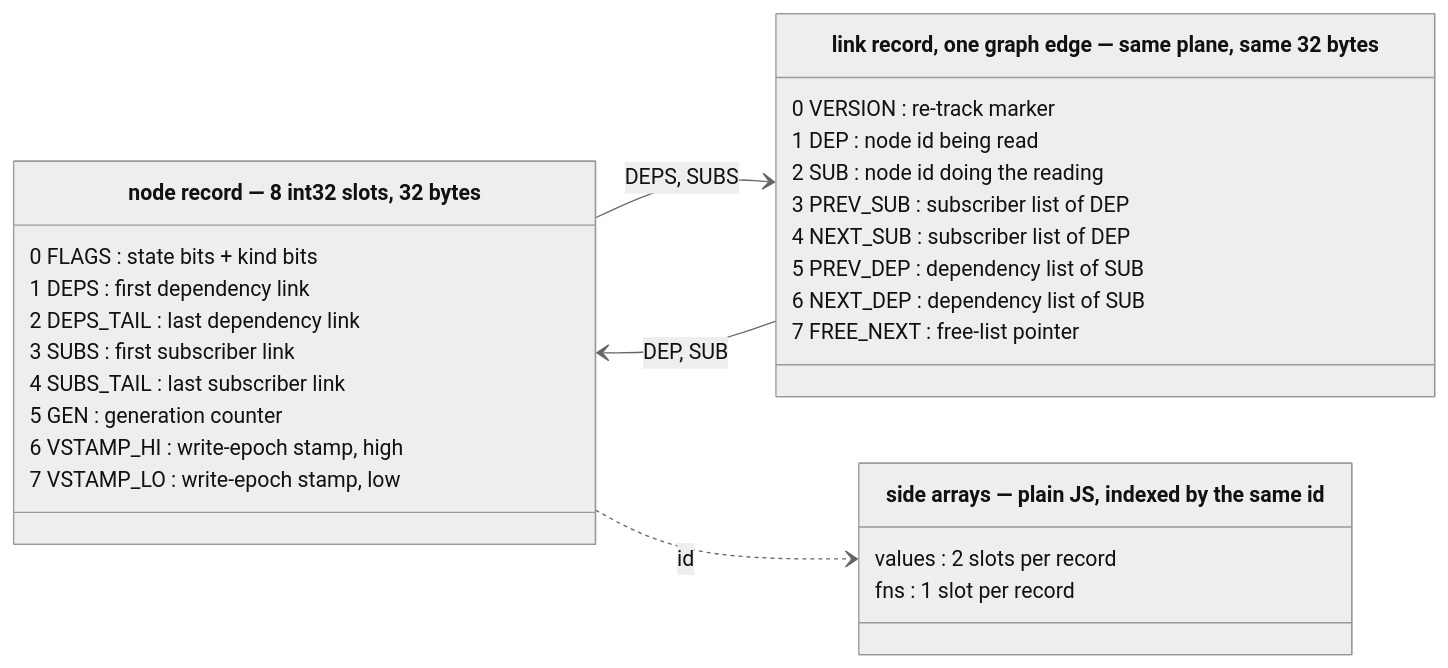
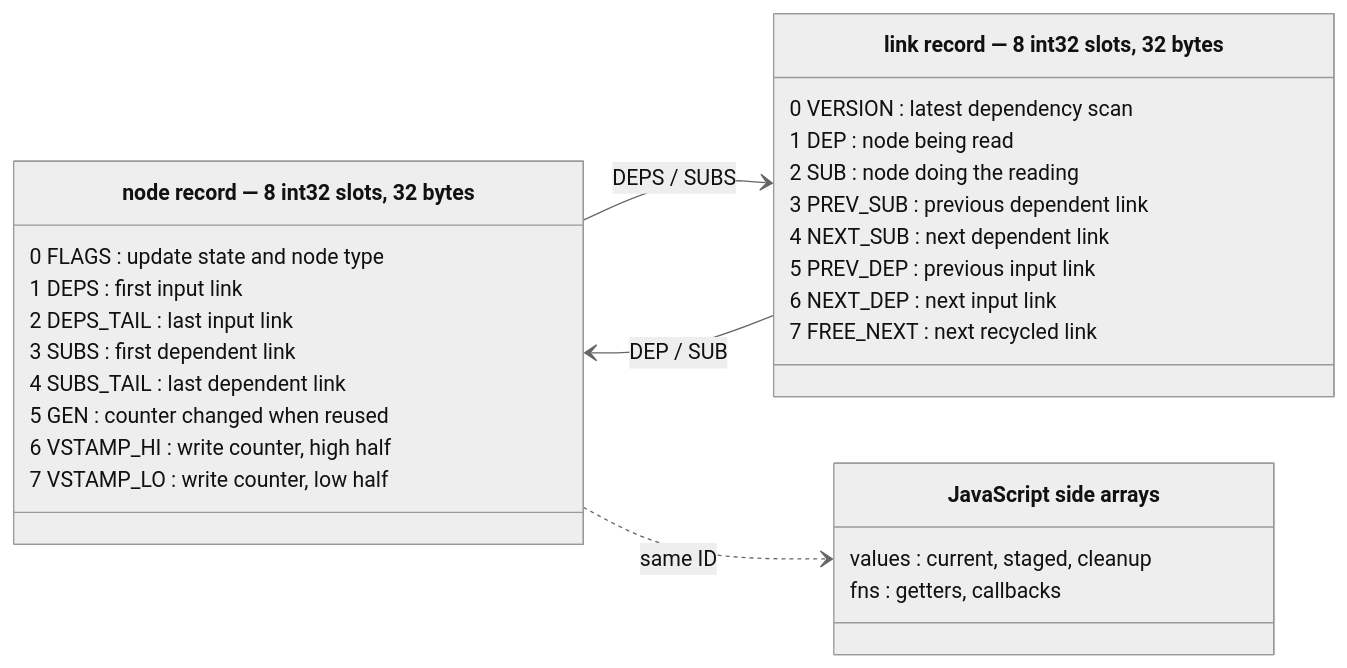
Before and after one commit to justjake/alien-signals: the third of 4 diagrams in README.md, drawn with Mermaid (neutral theme). The commit also changed other lines of this file, not shown here.

Commit message:
Rewrite README for first-time users

````diff
--- a/README.md
+++ b/README.md
@@ -14,31 +98,31 @@
 ```mermaid
 classDiagram
     direction LR
     class Node["node record — 8 int32 slots, 32 bytes"] {
-        0 FLAGS : state bits + kind bits
-        1 DEPS : first dependency link
-        2 DEPS_TAIL : last dependency link
-        3 SUBS : first subscriber link
-        4 SUBS_TAIL : last subscriber link
-        5 GEN : generation counter
-        6 VSTAMP_HI : write-epoch stamp, high
-        7 VSTAMP_LO : write-epoch stamp, low
+        0 FLAGS : update state and node type
+        1 DEPS : first input link
+        2 DEPS_TAIL : last input link
+        3 SUBS : first dependent link
+        4 SUBS_TAIL : last dependent link
+        5 GEN : counter changed when reused
+        6 VSTAMP_HI : write counter, high half
+        7 VSTAMP_LO : write counter, low half
     }
-    class Link["link record, one graph edge — same plane, same 32 bytes"] {
-        0 VERSION : re-track marker
-        1 DEP : node id being read
-        2 SUB : node id doing the reading
-        3 PREV_SUB : subscriber list of DEP
-        4 NEXT_SUB : subscriber list of DEP
-        5 PREV_DEP : dependency list of SUB
-        6 NEXT_DEP : dependency list of SUB
-        7 FREE_NEXT : free-list pointer
+    class Link["link record — 8 int32 slots, 32 bytes"] {
+        0 VERSION : latest dependency scan
+        1 DEP : node being read
+        2 SUB : node doing the reading
+        3 PREV_SUB : previous dependent link
+        4 NEXT_SUB : next dependent link
+        5 PREV_DEP : previous input link
+        6 NEXT_DEP : next input link
+        7 FREE_NEXT : next recycled link
     }
-    class SideArrays["side arrays — plain JS, indexed by the same id"] {
-        values : 2 slots per record
-        fns : 1 slot per record
+    class SideArrays["JavaScript side arrays"] {
+        values : current, staged, cleanup
+        fns : getters, callbacks
     }
-    Node --> Link : DEPS, SUBS
-    Link --> Node : DEP, SUB
-    Node ..> SideArrays : id
+    Node --> Link : DEPS / SUBS
+    Link --> Node : DEP / SUB
+    Node ..> SideArrays : same ID
 ```
````
